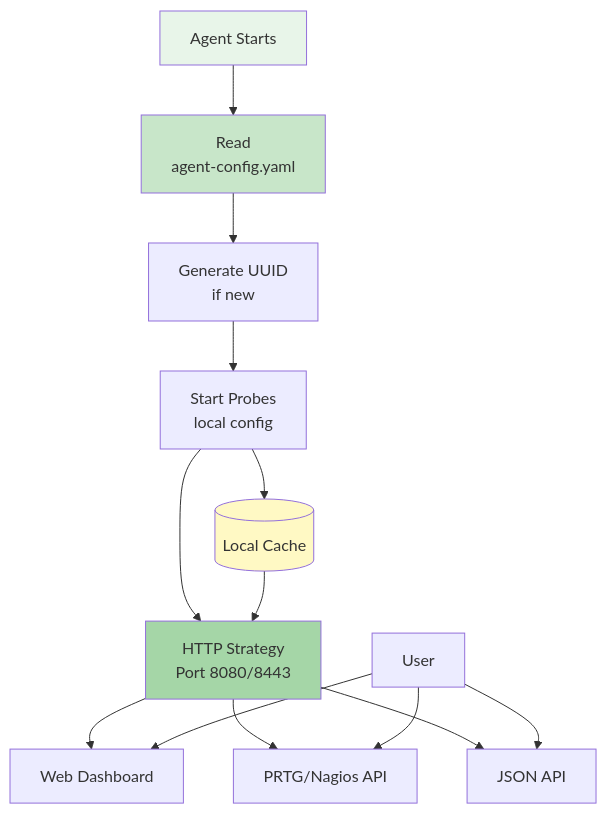
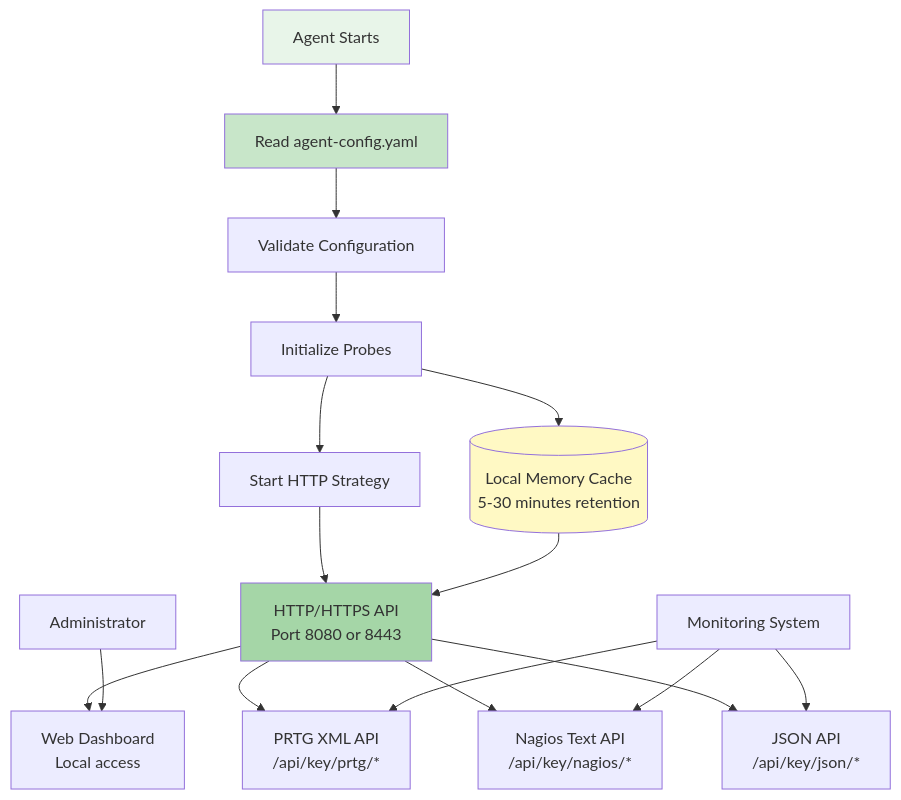
Before and after one commit to senhub-io/senhub-agent: the third of 9 diagrams in docs/user-guide/OPERATING-MODES.md, drawn with Mermaid. The commit also changed other lines of this file and 7 other files, not shown here.

````diff
--- a/docs/user-guide/OPERATING-MODES.md
+++ b/docs/user-guide/OPERATING-MODES.md
@@ -203,23 +256,29 @@
 ```mermaid
 graph TD
-    A[Agent Starts] --> B[Read<br/>agent-config.yaml]
-    B --> C[Generate UUID<br/>if new]
-    C --> D[Start Probes<br/>local config]
-    D --> E[HTTP Strategy<br/>Port 8080/8443]
+    A[Agent Starts] --> B[Read agent-config.yaml]
+    B --> C[Validate Configuration]
+    C --> D[Initialize Probes]
+    D --> E[Start HTTP Strategy]
 
-    E --> F[Web Dashboard]
-    E --> G[PRTG/Nagios API]
-    E --> H[JSON API]
+    E --> F[HTTP/HTTPS API<br/>Port 8080 or 8443]
 
-    D --> I[(Local Cache)]
-    I --> E
+    D --> G[(Local Memory Cache<br/>5-30 minutes retention)]
 
-    J[User] --> F
-    J --> G
-    J --> H
+    F --> H[Web Dashboard<br/>Local access]
+    F --> I[PRTG XML API<br/>/api/key/prtg/*]
+    F --> J[Nagios Text API<br/>/api/key/nagios/*]
+    F --> K[JSON API<br/>/api/key/json/*]
+
+    G --> F
+
+    L[Monitoring System] --> I
+    L --> J
+    L --> K
+
+    M[Administrator] --> H
 
     style A fill:#e8f5e9
     style B fill:#c8e6c9
-    style E fill:#a5d6a7
-    style I fill:#fff9c4
+    style F fill:#a5d6a7
+    style G fill:#fff9c4
 ```
````
